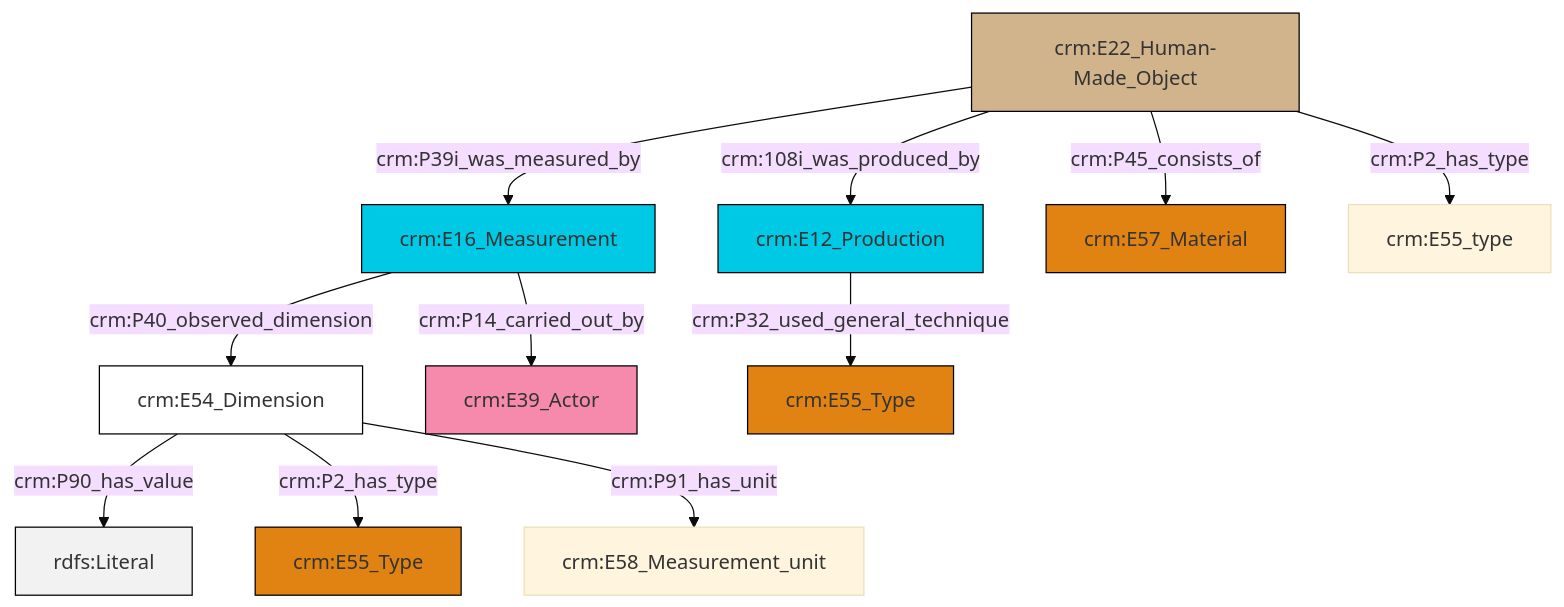
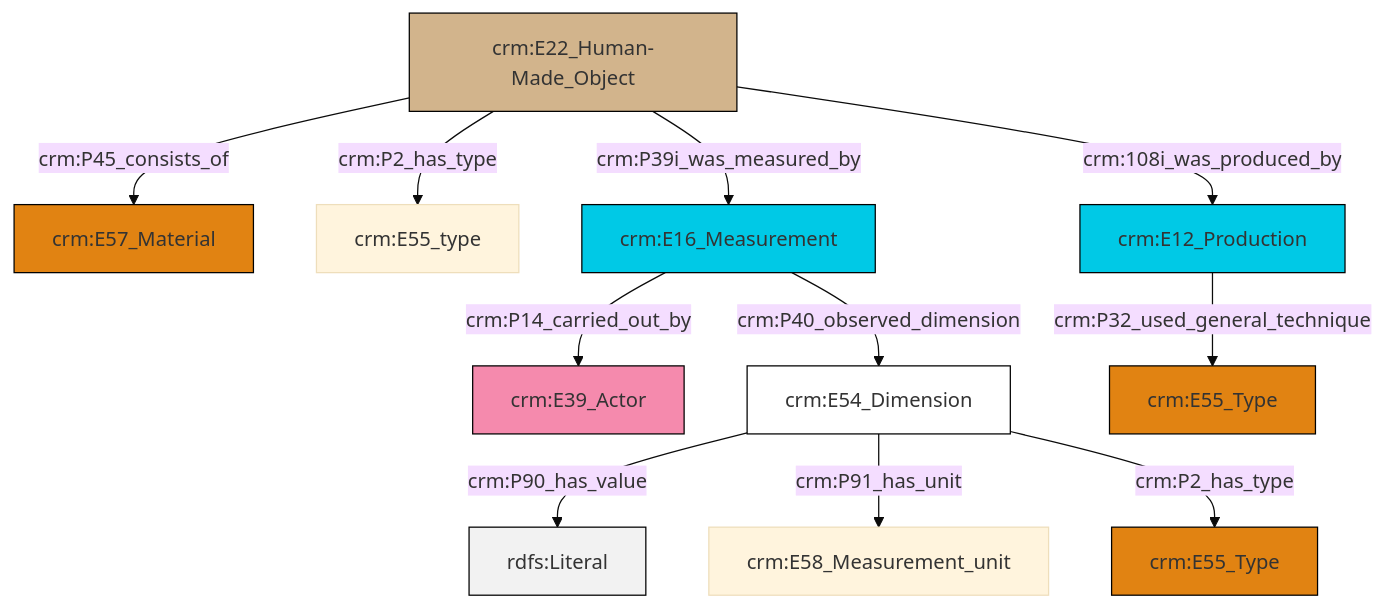
The diagram in et/builtWorkCSV/ttl/mmd/Built_Work_substance.ttl.mmd (swiss-art-research-net/reference-data-models), drawn with Mermaid (base theme) before and after one commit. The commit also changed 121 other files, not shown here.

```diff
--- a/et/builtWorkCSV/ttl/mmd/Built_Work_substance.ttl.mmd
+++ b/et/builtWorkCSV/ttl/mmd/Built_Work_substance.ttl.mmd
@@ -1,25 +1,25 @@
 graph TD
 classDef Literal fill:#f2f2f2,stroke:#000000;
 classDef CRM_Entity fill:#FFFFFF,stroke:#000000;
 classDef Temporal_Entity fill:#00C9E6, stroke:#000000;
 classDef Type fill:#E18312, stroke:#000000;
 classDef Time-Span fill:#2C9C91, stroke:#000000;
 classDef Appellation fill:#FFEB7F, stroke:#000000;
 classDef Place fill:#008836, stroke:#000000;
 classDef Persistent_Item fill:#B266B2, stroke:#000000;
 classDef Conceptual_Object fill:#FFD700, stroke:#000000;
 classDef Physical_Thing fill:#D2B48C, stroke:#000000;
 classDef Actor fill:#f58aad, stroke:#000000;
 classDef PC_Classes fill:#4ce600, stroke:#000000;
 classDef Multi fill:#cccccc,stroke:#000000;
 
-0["crm:E54_Dimension"]:::CRM_Entity -->|crm:P90_has_value| 1[rdfs:Literal]:::Literal
-4["crm:E22_Human-Made_Object"]:::Physical_Thing -->|crm:108i_was_produced_by| 5["crm:E12_Production"]:::Temporal_Entity
-6["crm:E16_Measurement"]:::Temporal_Entity -->|crm:P14_carried_out_by| 2["crm:E39_Actor"]:::Actor
-4["crm:E22_Human-Made_Object"]:::Physical_Thing -->|crm:P39i_was_measured_by| 6["crm:E16_Measurement"]:::Temporal_Entity
-5["crm:E12_Production"]:::Temporal_Entity -->|crm:P32_used_general_technique| 11["crm:E55_Type"]:::Type
-0["crm:E54_Dimension"]:::CRM_Entity -->|crm:P2_has_type| 12["crm:E55_Type"]:::Type
-4["crm:E22_Human-Made_Object"]:::Physical_Thing -->|crm:P45_consists_of| 9["crm:E57_Material"]:::Type
-6["crm:E16_Measurement"]:::Temporal_Entity -->|crm:P40_observed_dimension| 0["crm:E54_Dimension"]:::CRM_Entity
-4["crm:E22_Human-Made_Object"]:::Physical_Thing -->|crm:P2_has_type| 16["crm:E55_type"]:::Default
-0["crm:E54_Dimension"]:::CRM_Entity -->|crm:P91_has_unit| 14["crm:E58_Measurement_unit"]:::Default
+4["crm:E54_Dimension"]:::CRM_Entity -->|crm:P90_has_value| 5[rdfs:Literal]:::Literal
+2["crm:E22_Human-Made_Object"]:::Physical_Thing -->|crm:P45_consists_of| 10["crm:E57_Material"]:::Type
+14["crm:E16_Measurement"]:::Temporal_Entity -->|crm:P40_observed_dimension| 4["crm:E54_Dimension"]:::CRM_Entity
+14["crm:E16_Measurement"]:::Temporal_Entity -->|crm:P14_carried_out_by| 0["crm:E39_Actor"]:::Actor
+4["crm:E54_Dimension"]:::CRM_Entity -->|crm:P91_has_unit| 17["crm:E58_Measurement_unit"]:::Default
+4["crm:E54_Dimension"]:::CRM_Entity -->|crm:P2_has_type| 6["crm:E55_Type"]:::Type
+2["crm:E22_Human-Made_Object"]:::Physical_Thing -->|crm:P2_has_type| 12["crm:E55_type"]:::Default
+15["crm:E12_Production"]:::Temporal_Entity -->|crm:P32_used_general_technique| 8["crm:E55_Type"]:::Type
+2["crm:E22_Human-Made_Object"]:::Physical_Thing -->|crm:P39i_was_measured_by| 14["crm:E16_Measurement"]:::Temporal_Entity
+2["crm:E22_Human-Made_Object"]:::Physical_Thing -->|crm:108i_was_produced_by| 15["crm:E12_Production"]:::Temporal_Entity
```
